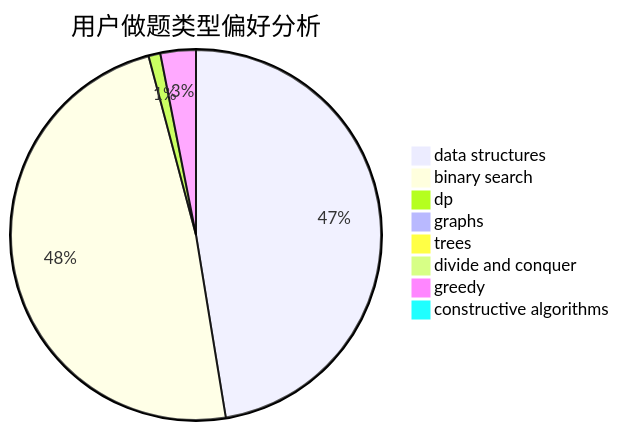
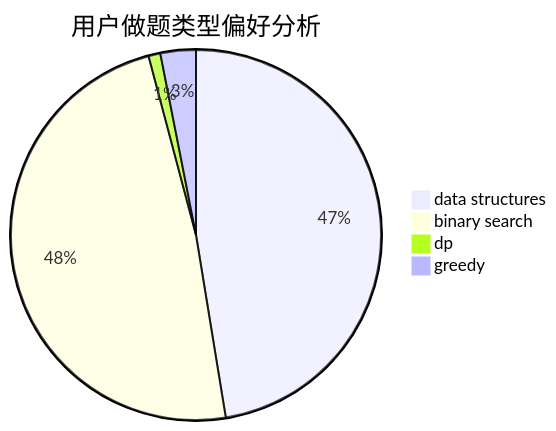
The second of 3 diagrams in docs/user/u194.md (sherpahu/cfrs.github.io), drawn with Mermaid before and after one commit. The commit also changed other lines of this file and 2770 other files, not shown here.

````diff
--- a/docs/user/u194.md
+++ b/docs/user/u194.md
@@ -18,11 +15,7 @@
 ```mermaid
 pie title 用户做题类型偏好分析
     "data structures" :  46
     "binary search" :  47
     "dp" :  1
-    "graphs" :  0
-    "trees" :  0
-    "divide and conquer" :  0
     "greedy" :  3
-    "constructive algorithms" :  0
 ```
````
